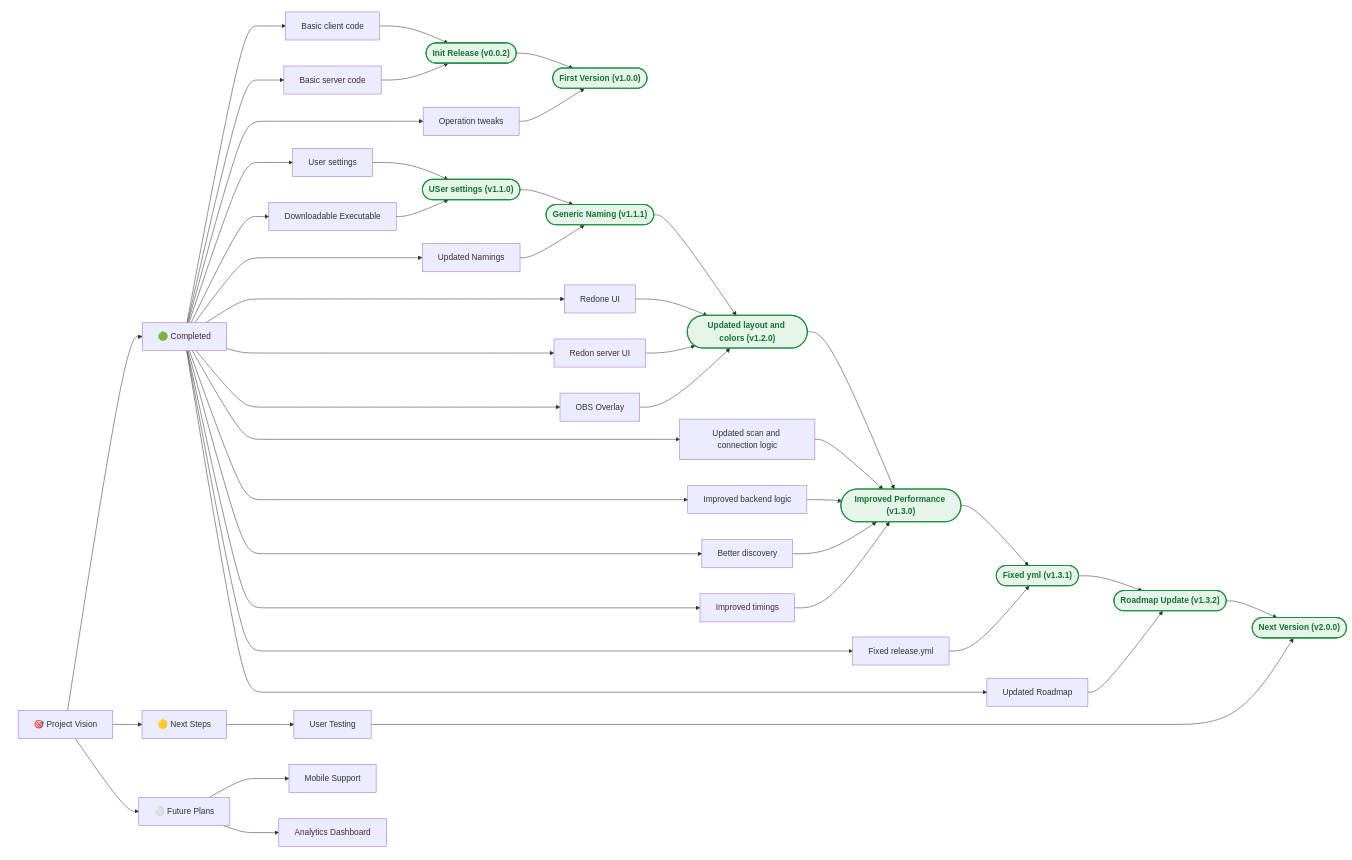
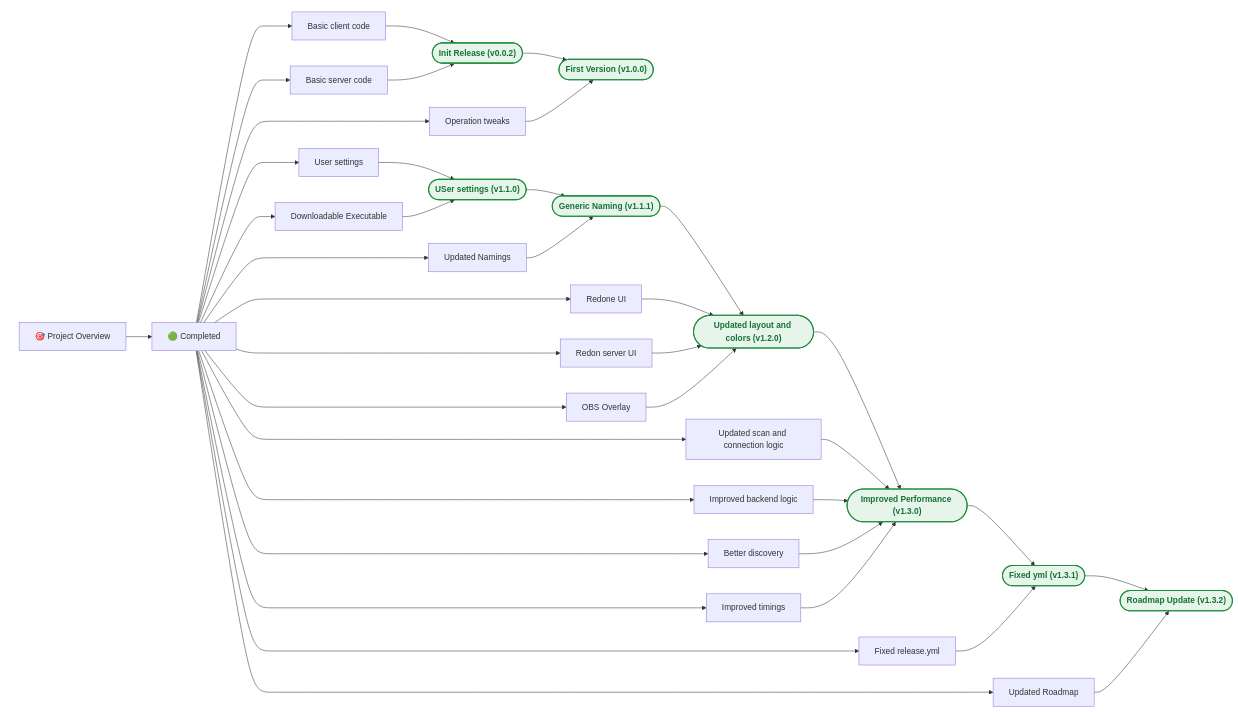
The diagram in docs/ROADMAP.md (astrodylan/heartrate_monitor_ble), drawn with Mermaid before and after one commit. The commit also changed other lines of this file and 1 other file, not shown here.

````diff
--- a/docs/ROADMAP.md
+++ b/docs/ROADMAP.md
@@ -8,59 +8,51 @@
 ```mermaid
 graph LR
-    Root["🎯 Project Vision"]
+    Root["🎯 Project Overview"]
     
     subgraph helper1[" "]
         Root --> Completed["🟢 Completed"]
-        Root --> Next["🟡 Next Steps"]
-        Root --> Future["⚪ Future Plans"]
     end
 
     %% Completed Plans
     Completed --> comp1["Basic client code"]
     Completed --> comp2["Basic server code"]
     comp1 & comp2 --> M1(["Init Release (v0.0.2)"]):::doneMilestone
 
     Completed --> comp3["Operation tweaks"]
     M1 & comp3 --> M2(["First Version (v1.0.0)"]):::doneMilestone
 
     Completed --> comp4["User settings"]
     Completed --> comp5["Downloadable Executable"]
     comp4 & comp5 --> M3(["USer settings (v1.1.0)"]):::doneMilestone
 
     Completed --> comp6["Updated Namings"]
     M3 & comp6 --> M4(["Generic Naming (v1.1.1)"]):::doneMilestone
 
     Completed --> comp7["Redone UI"]
     Completed --> comp8["Redon server UI"]
     Completed --> comp9["OBS Overlay"]
     M4 & comp7 & comp8 & comp9 --> M5(["Updated layout and colors (v1.2.0)"]):::doneMilestone
 
     Completed --> comp10["Updated scan and connection logic"]
     Completed --> comp11["Improved backend logic"]
     Completed --> comp12["Better discovery"]
     Completed --> comp13["Improved timings"]
     M5 & comp10 & comp11 & comp12 & comp13 --> M6(["Improved Performance (v1.3.0)"]):::doneMilestone
 
     Completed --> comp14["Fixed release.yml"]
     M6 & comp14 --> M7(["Fixed yml (v1.3.1)"]):::doneMilestone
 
     Completed --> comp15["Updated Roadmap"]
     M7 & comp15 --> M8(["Roadmap Update (v1.3.2)"]):::doneMilestone
 
 
-    %% Next branch
-    Next --> next1["User Testing"]
-    M8 & next1 --> M200(["Next Version (v2.0.0)"]):::doneMilestone
 
-    %% Future Plans branch
-    Future --> future1["Mobile Support"]
-    Future --> future2["Analytics Dashboard"]
 
     %% Hide the subgraph outline, background, and text
     style helper1 fill:none,stroke:none,color:transparent
 
     %% Milestone Styles
     classDef doneMilestone fill:#e6f4ea,stroke:#1e8e3e,stroke-width:2px,color:#137333,font-weight:bold
     classDef nextMilestone fill:#fef7e0,stroke:#f9ab00,stroke-width:3px,color:#b06000,font-weight:bold
     classDef futureMilestone fill:#e8f0fe,stroke:#1a73e8,stroke-width:3px,color:#174ea6,font-weight:bold
 ```
````
